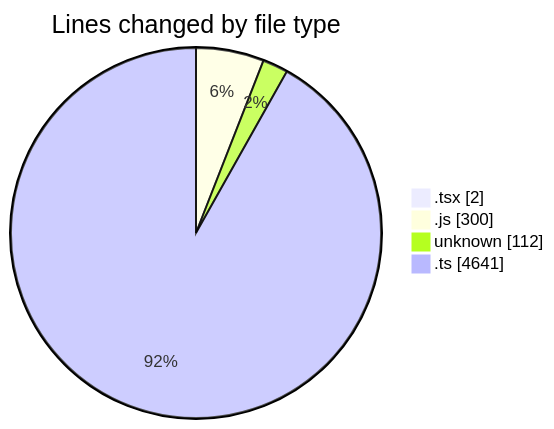
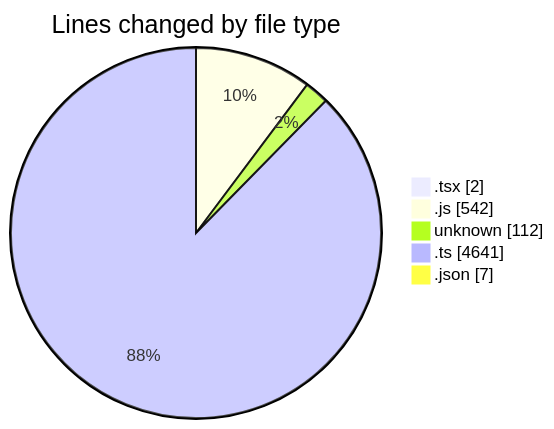
The first of 2 diagrams in 2026-05-06/cda/README.md (momahboobian/code-tracking), drawn with Mermaid before and after one commit. The commit also changed other lines of this file and 1 other file, not shown here.

````diff
--- a/2026-05-06/cda/README.md
+++ b/2026-05-06/cda/README.md
@@ -27,8 +29,9 @@
 ```mermaid
 pie showData
 title Lines changed by file type
 ".tsx" : 2
-".js" : 300
+".js" : 542
 "unknown" : 112
 ".ts" : 4641
+".json" : 7
 ```
````
